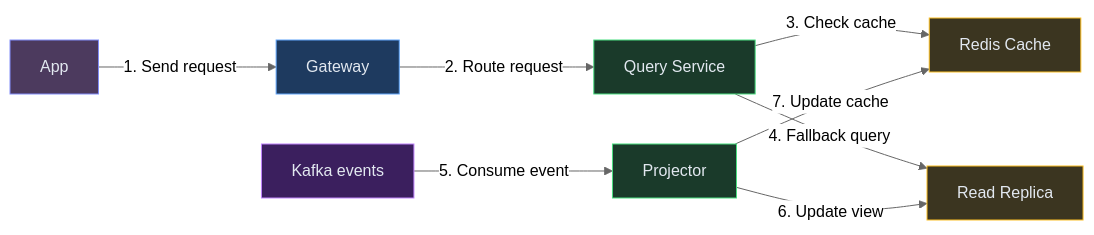
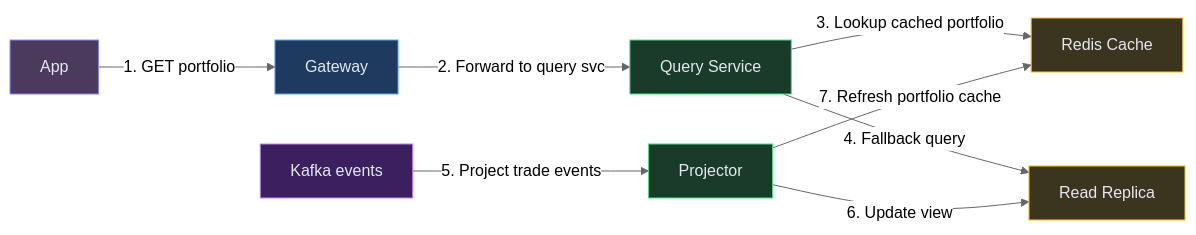
Before and after one commit to iluzn/HLD-Designs: the third of 9 diagrams in content/hld/StockBroker.md, drawn with Mermaid (neutral theme). The commit also changed other lines of this file and 27 other files, not shown here.

````diff
--- a/content/hld/StockBroker.md
+++ b/content/hld/StockBroker.md
@@ -252,24 +252,24 @@
 ```mermaid
 flowchart LR
     App["App"]:::client
     GW["Gateway"]:::edge
     QS["Query Service"]:::service
     RC["Redis Cache"]:::data
     RDB["Read Replica"]:::data
     KF["Kafka events"]:::async
     Proj["Projector"]:::service
 
-    App -->|"1. Send request"| GW
-    GW -->|"2. Route request"| QS
-    QS -->|"3. Check cache"| RC
+    App -->|"1. GET portfolio"| GW
+    GW -->|"2. Forward to query svc"| QS
+    QS -->|"3. Lookup cached portfolio"| RC
     QS -->|"4. Fallback query"| RDB
-    KF -->|"5. Consume event"| Proj
+    KF -->|"5. Project trade events"| Proj
     Proj -->|"6. Update view"| RDB
-    Proj -->|"7. Update cache"| RC
+    Proj -->|"7. Refresh portfolio cache"| RC
 
     classDef client fill:#4c3a5e,stroke:#818cf8,color:#e2e8f0
     classDef edge fill:#1e3a5f,stroke:#60a5fa,color:#e2e8f0
     classDef service fill:#1a3a2a,stroke:#4ade80,color:#e2e8f0
     classDef async fill:#3b1f5e,stroke:#c084fc,color:#e2e8f0
     classDef data fill:#3b3520,stroke:#fbbf24,color:#e2e8f0
 ```
````
